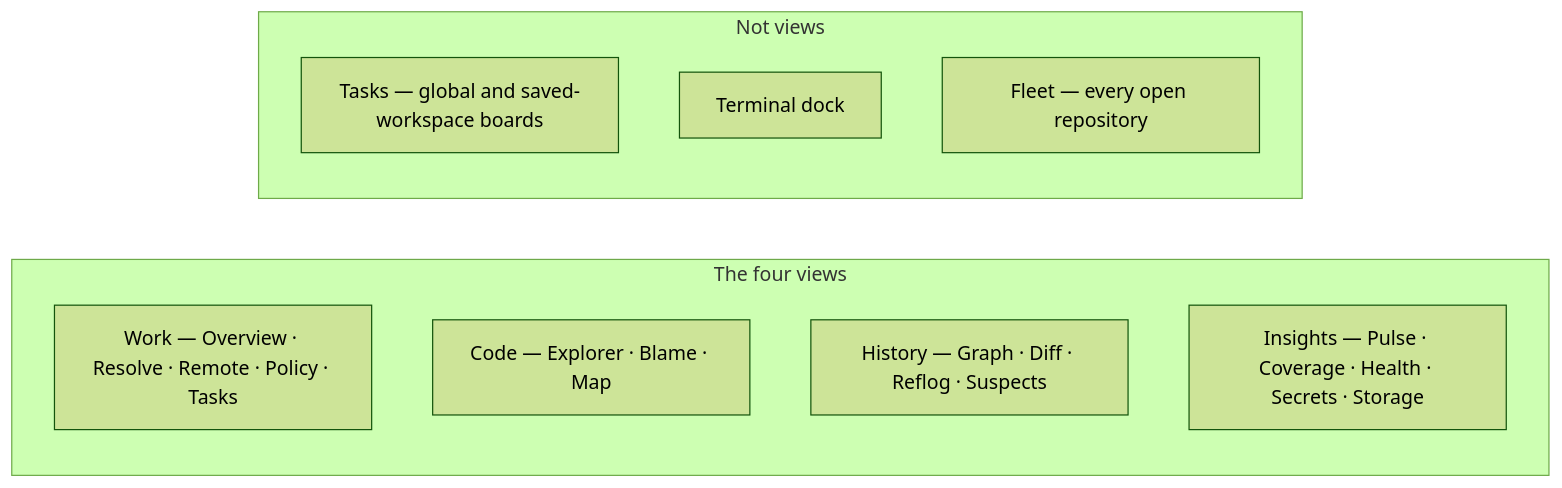
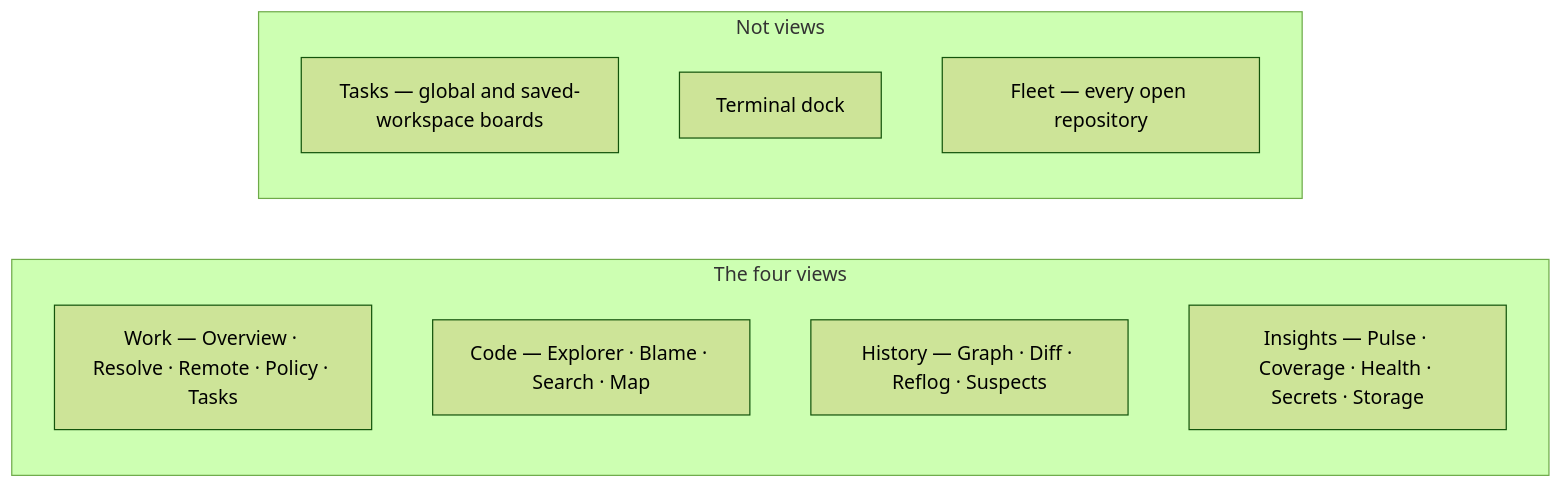
The diagram in wiki/Home.md (bharathvbcr/GitPulse), drawn with Mermaid (forest theme) before and after one commit. The commit also changed 14 other files, not shown here.

````diff
--- a/wiki/Home.md
+++ b/wiki/Home.md
@@ -32,14 +32,14 @@
 ```mermaid
 flowchart LR
     subgraph Views["The four views"]
         Work["Work — Overview · Resolve · Remote · Policy · Tasks"]
-        Code["Code — Explorer · Blame · Map"]
+        Code["Code — Explorer · Blame · Search · Map"]
         History["History — Graph · Diff · Reflog · Suspects"]
         Insights["Insights — Pulse · Coverage · Health · Secrets · Storage"]
     end
     subgraph Beside["Not views"]
         Tasks["Tasks — global and saved-workspace boards"]
         Terminal["Terminal dock"]
         Fleet["Fleet — every open repository"]
     end
 ```
````
